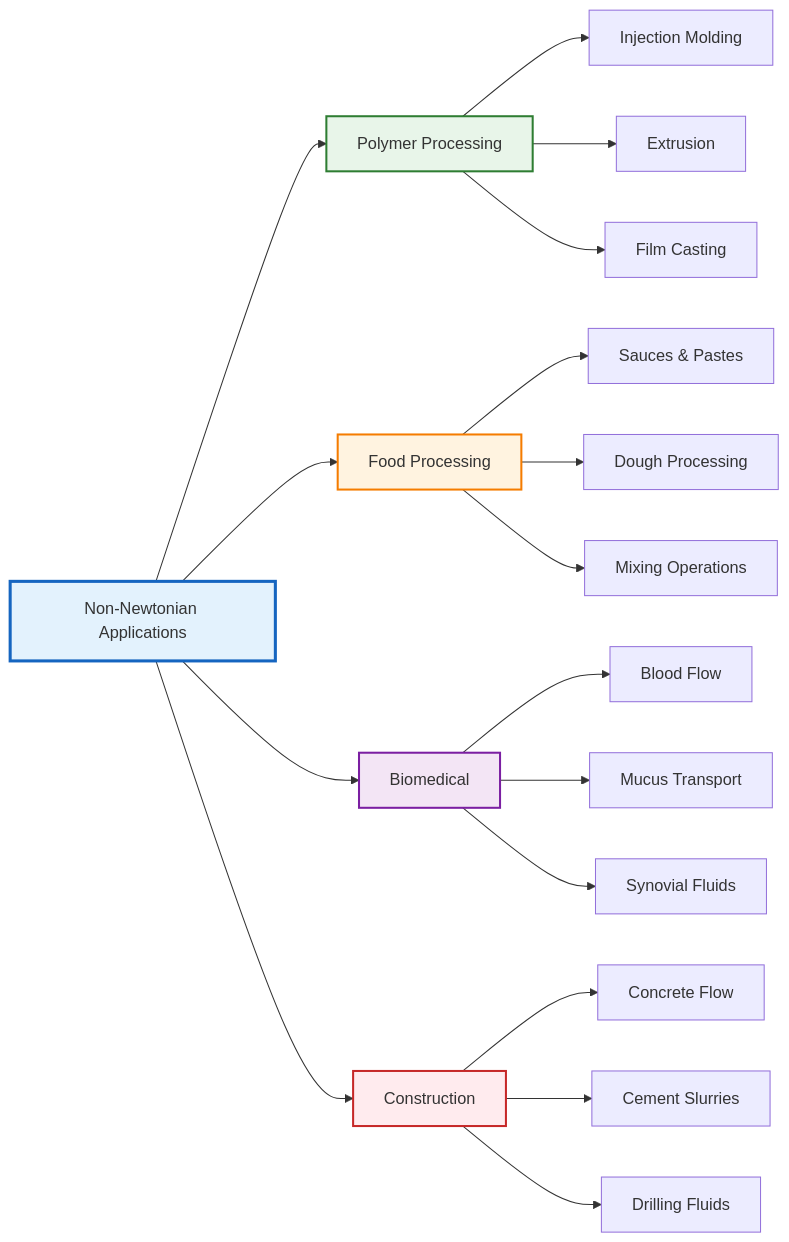
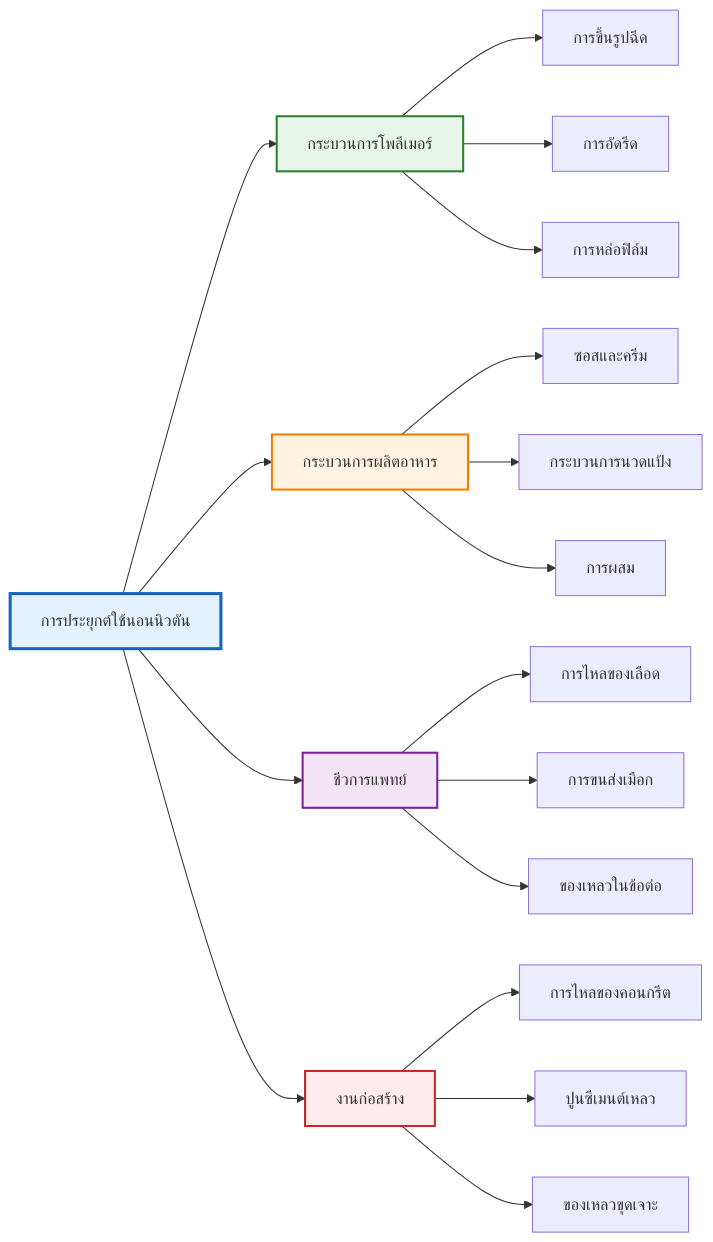
One commit to wramet/build-my-cfd changed the third of 4 diagrams in MODULE_06_ADVANCED_PHYSICS/CONTENT/04_NON_NEWTONIAN_FLUIDS/00_Overview.md. Above: the diagram before and after it, drawn with Mermaid. The commit also changed other lines of this file and 104 other files, not shown here.

````diff
--- a/MODULE_06_ADVANCED_PHYSICS/CONTENT/04_NON_NEWTONIAN_FLUIDS/00_Overview.md
+++ b/MODULE_06_ADVANCED_PHYSICS/CONTENT/04_NON_NEWTONIAN_FLUIDS/00_Overview.md
@@ -635,29 +635,29 @@
 ```mermaid
 graph LR
-    A["Non-Newtonian Applications"] --> B["Polymer Processing"]
-    A --> C["Food Processing"]
-    A --> D["Biomedical"]
-    A --> E["Construction"]
+    A["การประยุกต์ใช้นอนนิวตัน"] --> B["กระบวนการโพลีเมอร์"]
+    A --> C["กระบวนการผลิตอาหาร"]
+    A --> D["ชีวการแพทย์"]
+    A --> E["งานก่อสร้าง"]
 
-    B --> B1["Injection Molding"]
-    B --> B2["Extrusion"]
-    B --> B3["Film Casting"]
+    B --> B1["การขึ้นรูปฉีด"]
+    B --> B2["การอัดรีด"]
+    B --> B3["การหล่อฟิล์ม"]
 
-    C --> C1["Sauces & Pastes"]
-    C --> C2["Dough Processing"]
-    C --> C3["Mixing Operations"]
+    C --> C1["ซอสและครีม"]
+    C --> C2["กระบวนการนวดแป้ง"]
+    C --> C3["การผสม"]
 
-    D --> D1["Blood Flow"]
-    D --> D2["Mucus Transport"]
-    D --> D3["Synovial Fluids"]
+    D --> D1["การไหลของเลือด"]
+    D --> D2["การขนส่งเมือก"]
+    D --> D3["ของเหลวในข้อต่อ"]
 
-    E --> E1["Concrete Flow"]
-    E --> E2["Cement Slurries"]
-    E --> E3["Drilling Fluids"]
+    E --> E1["การไหลของคอนกรีต"]
+    E --> E2["ปูนซีเมนต์เหลว"]
+    E --> E3["ของเหลวขุดเจาะ"]
 
     style A fill:#e3f2fd,stroke:#1565c0,stroke-width:3px
     style B fill:#e8f5e9,stroke:#2e7d32,stroke-width:2px
     style C fill:#fff3e0,stroke:#f57c00,stroke-width:2px
     style D fill:#f3e5f5,stroke:#7b1fa2,stroke-width:2px
     style E fill:#ffebee,stroke:#c62828,stroke-width:2px
 ```
````
